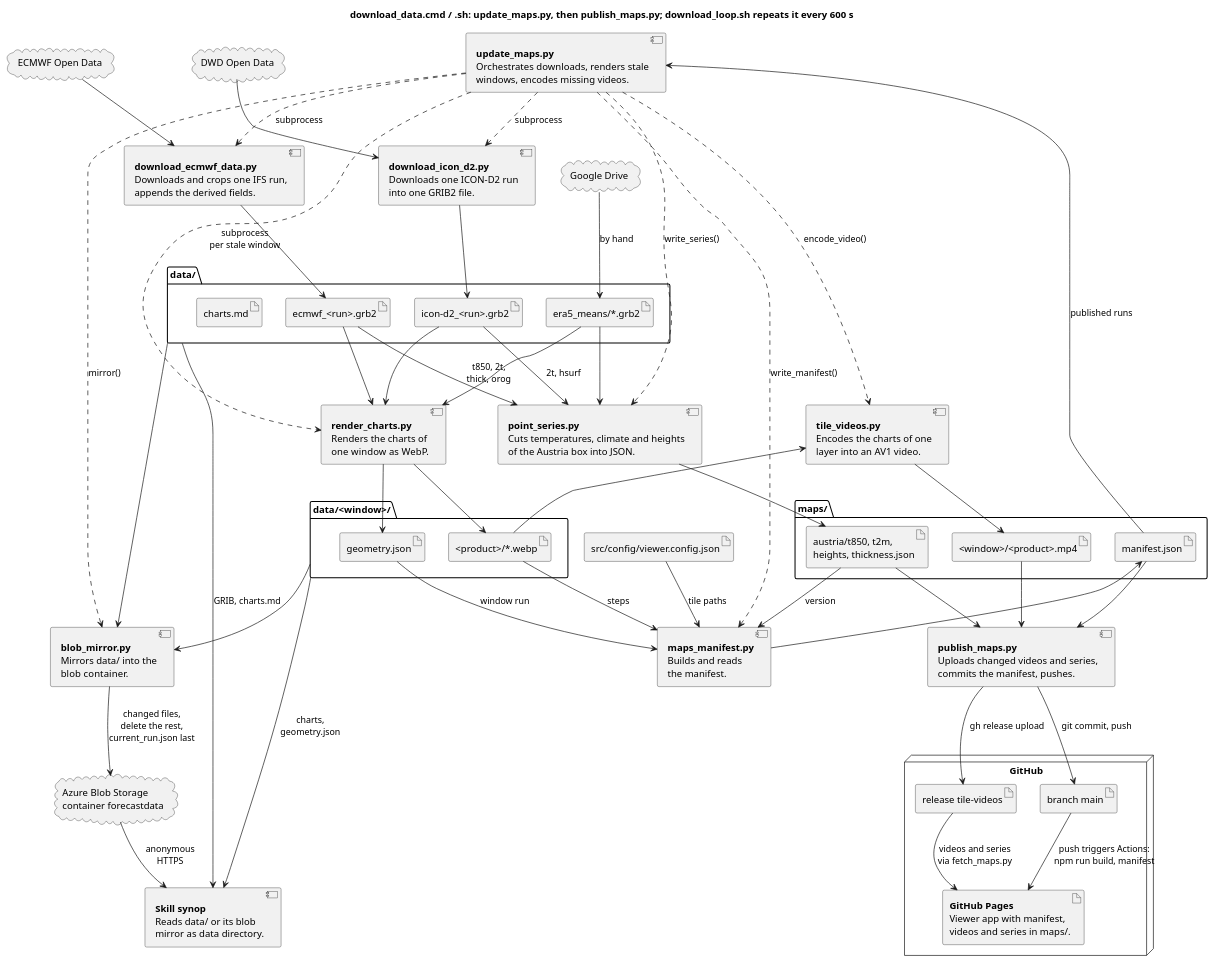
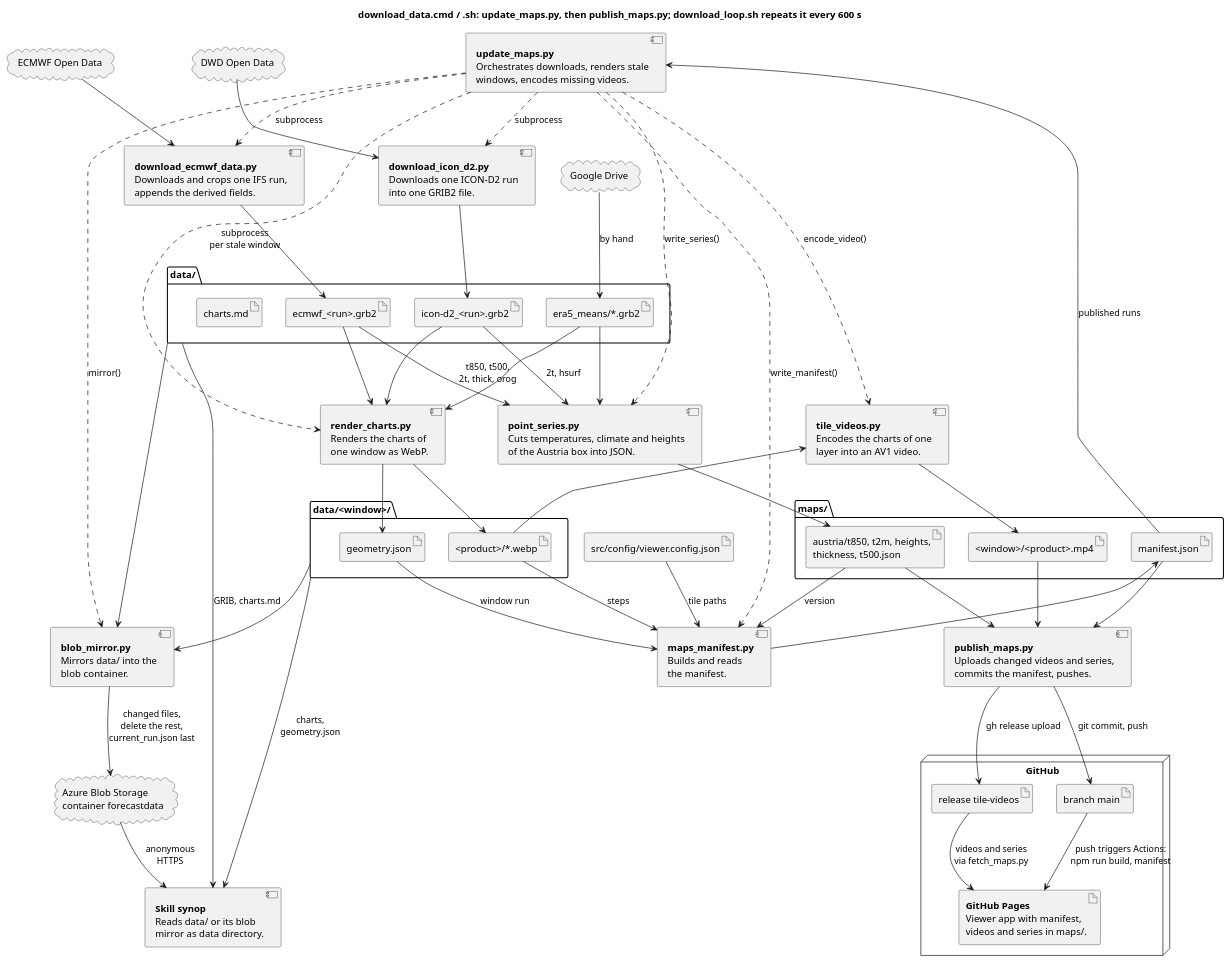
One commit to schletz/wetterkartenviewer changed the first of 5 diagrams in REFERENCE.scripts.md. Above: the diagram before and after it, drawn with PlantUML. The commit also changed other lines of this file and 11 other files, not shown here.

```diff
--- a/REFERENCE.scripts.md
+++ b/REFERENCE.scripts.md
@@ -98,7 +98,7 @@
 }
 folder "maps/" {
  artifact "<window>/<product>.mp4" as videos
- artifact "austria/t850, t2m,\nheights, thickness.json" as series
+ artifact "austria/t850, t2m, heights,\nthickness, t500.json" as series
  artifact "manifest.json" as manifest
 }
 artifact "src/config/viewer.config.json" as config
@@ -130,7 +130,7 @@
 render_charts --> geometry
 charts --> tile_videos
 tile_videos --> videos
-ecmwf_grib --> point_series : t850, 2t,\nthick, orog
+ecmwf_grib --> point_series : t850, t500,\n2t, thick, orog
 icon_grib --> point_series : 2t, hsurf
 era5 --> point_series
 point_series --> series
```
